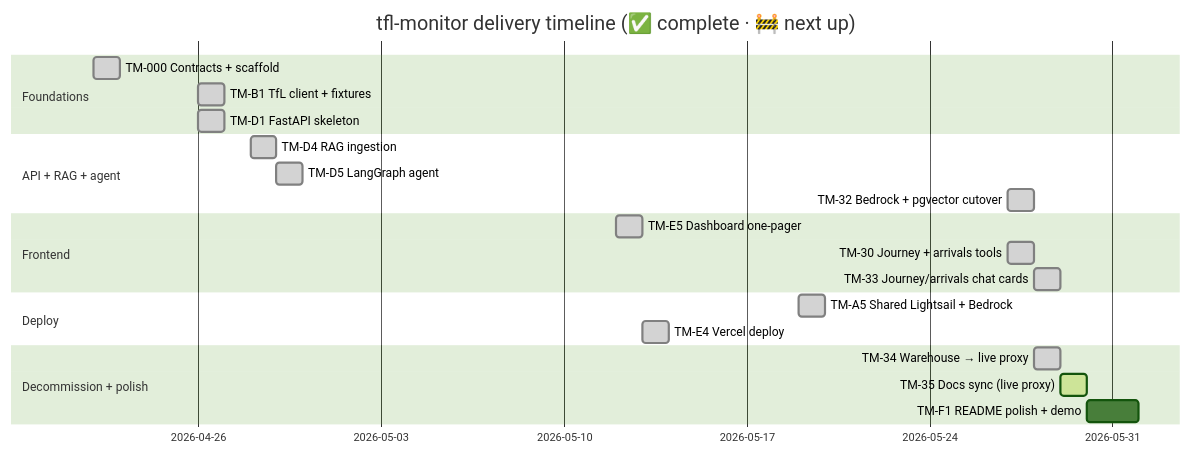
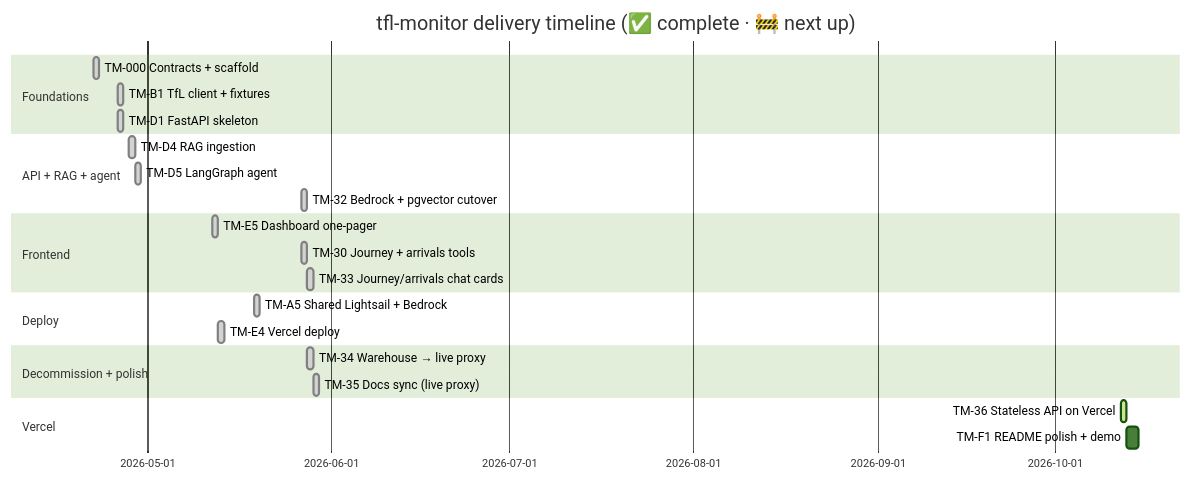
Before and after one commit to hcslomeu/tfl-monitor: the diagram in docs/roadmap.md, drawn with Mermaid (forest theme). The commit also changed other lines of this file and 140 other files, not shown here.

First line of the commit message:
contract: move API to Vercel, drop RAG, Postgres and Bedrock (TM-36) (#252)

````diff
--- a/docs/roadmap.md
+++ b/docs/roadmap.md
@@ -19,24 +20,26 @@
 ```mermaid
 gantt
     dateFormat  YYYY-MM-DD
     title       tfl-monitor delivery timeline (✅ complete · 🚧 next up)
     section Foundations
     TM-000 Contracts + scaffold        :done, 2026-04-22, 1d
     TM-B1 TfL client + fixtures        :done, 2026-04-26, 1d
     TM-D1 FastAPI skeleton             :done, 2026-04-26, 1d
     section API + RAG + agent
     TM-D4 RAG ingestion                :done, 2026-04-28, 1d
     TM-D5 LangGraph agent              :done, 2026-04-29, 1d
     TM-32 Bedrock + pgvector cutover   :done, 2026-05-27, 1d
     section Frontend
     TM-E5 Dashboard one-pager          :done, 2026-05-12, 1d
     TM-30 Journey + arrivals tools     :done, 2026-05-27, 1d
     TM-33 Journey/arrivals chat cards  :done, 2026-05-28, 1d
     section Deploy
     TM-A5 Shared Lightsail + Bedrock   :done, 2026-05-19, 1d
     TM-E4 Vercel deploy                :done, 2026-05-13, 1d
     section Decommission + polish
     TM-34 Warehouse → live proxy       :done, 2026-05-28, 1d
-    TM-35 Docs sync (live proxy)       :active, 2026-05-29, 1d
-    TM-F1 README polish + demo         :2026-05-30, 2d
+    TM-35 Docs sync (live proxy)       :done, 2026-05-29, 1d
+    section Vercel
+    TM-36 Stateless API on Vercel      :active, 2026-10-12, 1d
+    TM-F1 README polish + demo         :2026-10-13, 2d
 ```
````
